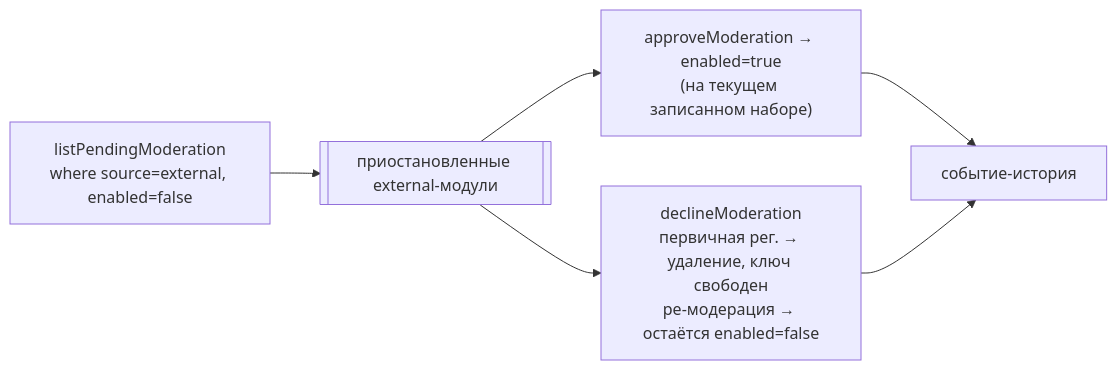
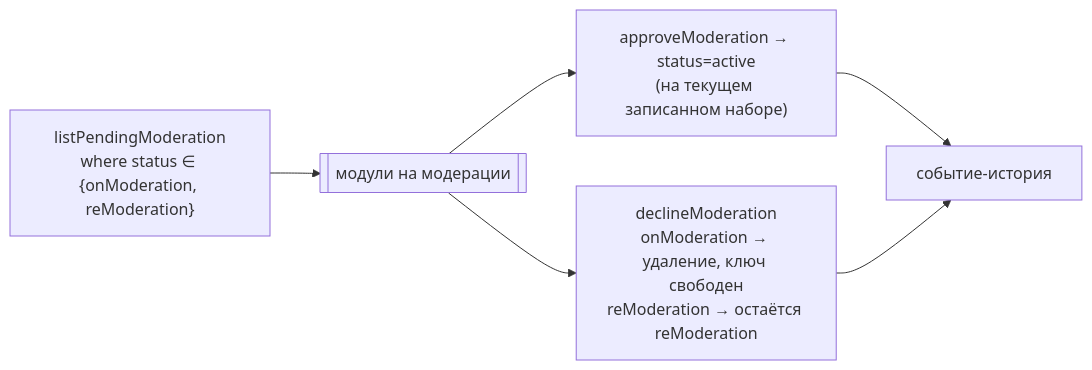
One commit to andrey-khudoley/Chatium changed the sixth of 7 diagrams in s.chtm.khudoley.pro/p/units/aley/bpm/core/docs/spec/spec-map.md. Above: the diagram before and after it, drawn with Mermaid. The commit also changed other lines of this file and 4 other files, not shown here.

````diff
--- a/s.chtm.khudoley.pro/p/units/aley/bpm/core/docs/spec/spec-map.md
+++ b/s.chtm.khudoley.pro/p/units/aley/bpm/core/docs/spec/spec-map.md
@@ -198,8 +193,8 @@
 ```mermaid
 flowchart LR
-  L["listPendingModeration<br/>where source=external, enabled=false"] --> Q[["приостановленные external-модули"]]
-  Q --> AP["approveModeration → enabled=true<br/>(на текущем записанном наборе)"]
-  Q --> DC["declineModeration<br/>первичная рег. → удаление, ключ свободен<br/>ре-модерация → остаётся enabled=false"]
+  L["listPendingModeration<br/>where status ∈ {onModeration, reModeration}"] --> Q[["модули на модерации"]]
+  Q --> AP["approveModeration → status=active<br/>(на текущем записанном наборе)"]
+  Q --> DC["declineModeration<br/>onModeration → удаление, ключ свободен<br/>reModeration → остаётся reModeration"]
   AP --> EV["событие-история"]
   DC --> EV
 ```
````
